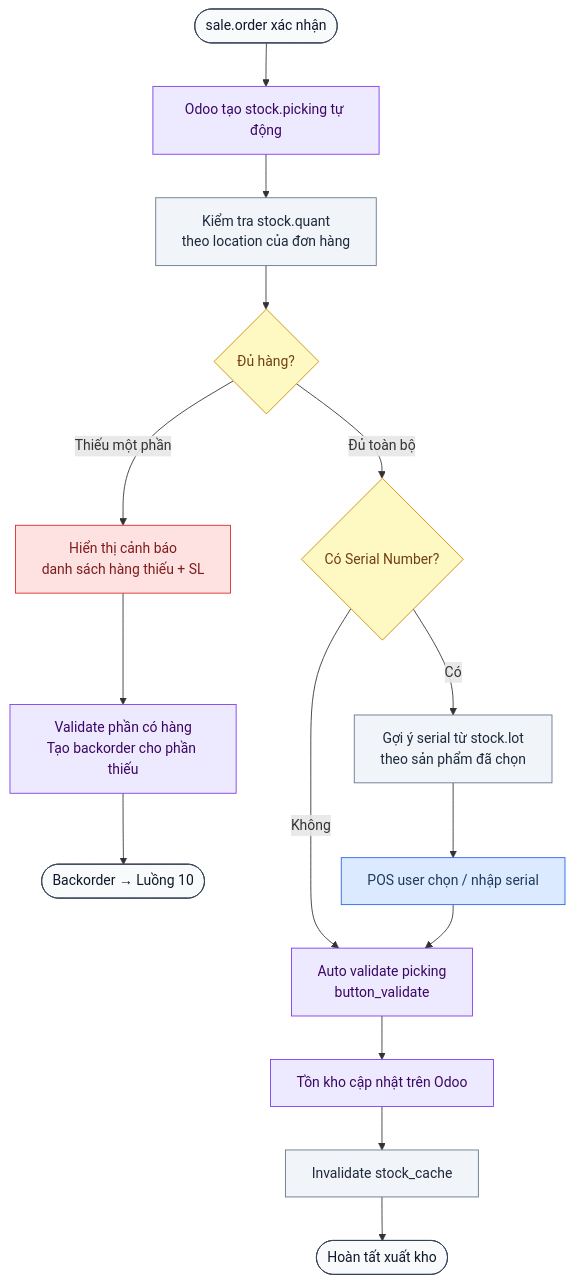
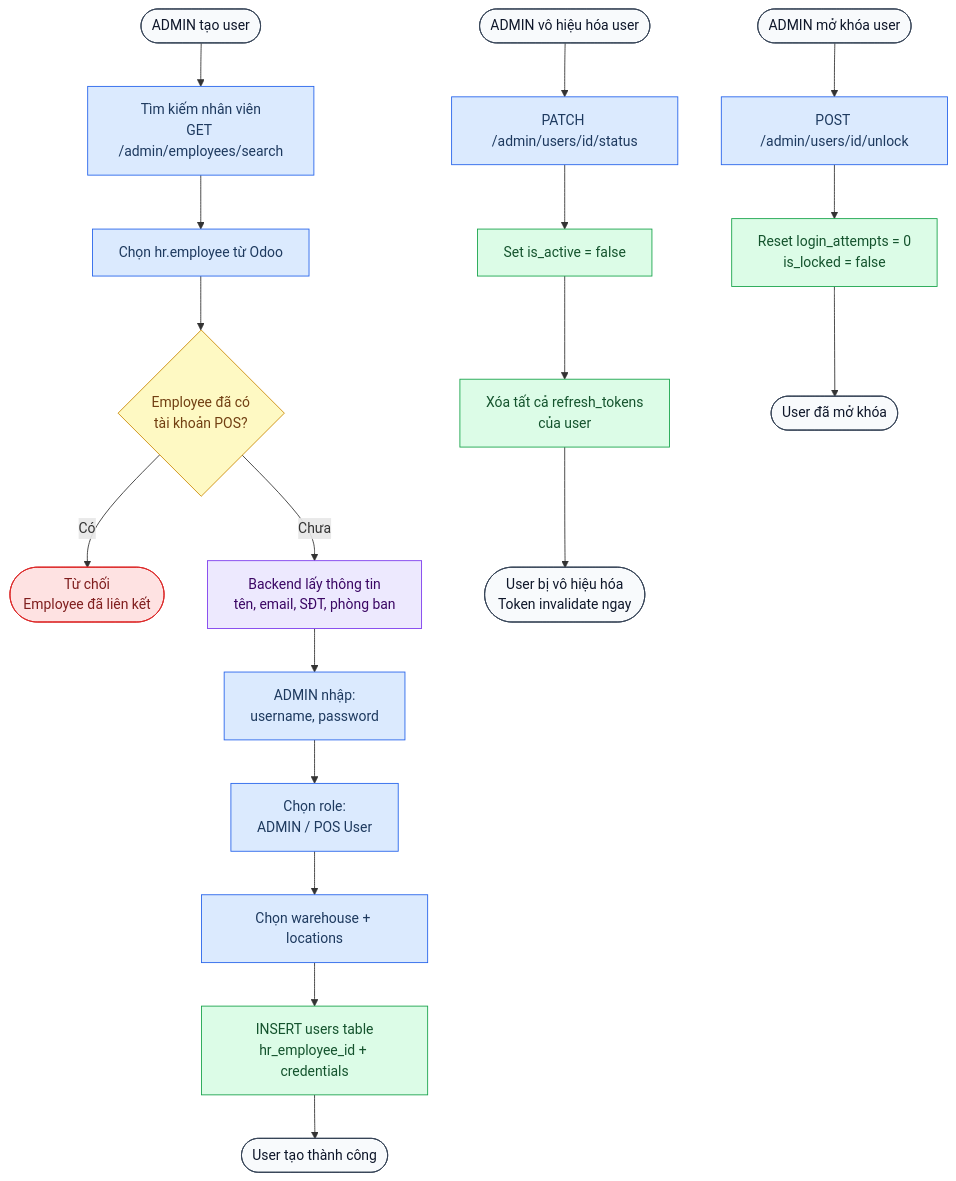
Before and after one commit to ngohuuduc/VJ_mobile_POS: diagram 11 of 12 in docs/process_flow.md, drawn with Mermaid. The commit also changed other lines of this file and 5 other files, not shown here.

````diff
--- a/docs/process_flow.md
+++ b/docs/process_flow.md
@@ -181,25 +433,30 @@
 ```mermaid
 flowchart TD
     classDef user fill:#DBEAFE,stroke:#2563EB,color:#1e3a5f
     classDef system fill:#F1F5F9,stroke:#64748B,color:#1e293b
     classDef odoo fill:#EDE9FE,stroke:#7C3AED,color:#3b0764
     classDef db fill:#DCFCE7,stroke:#16A34A,color:#14532d
     classDef decision fill:#FEF9C3,stroke:#CA8A04,color:#713f12
     classDef terminal fill:#F8FAFC,stroke:#334155,color:#0f172a
     classDef warning fill:#FEE2E2,stroke:#DC2626,color:#7f1d1d
 
-    A([sale.order xác nhận]):::terminal --> B[Odoo tạo stock.picking tự động]:::odoo
-    B --> C[Kiểm tra stock.quant\ntheo location của đơn hàng]:::system
-    C --> D{Đủ hàng?}:::decision
-    D -- Đủ toàn bộ --> E{Có Serial Number?}:::decision
-    D -- Thiếu một phần --> F[Hiển thị cảnh báo\ndanh sách hàng thiếu + SL]:::warning
-    F --> G[Validate phần có hàng\nTạo backorder cho phần thiếu]:::odoo
-    G --> H([Backorder → Luồng 10]):::terminal
-    E -- Không --> I[Auto validate picking\nbutton_validate]:::odoo
-    E -- Có --> J[Gợi ý serial từ stock.lot\ntheo sản phẩm đã chọn]:::system
-    J --> K[POS user chọn / nhập serial]:::user
-    K --> I
-    I --> L[Tồn kho cập nhật trên Odoo]:::odoo
-    L --> M[Invalidate stock_cache]:::system
-    M --> N([Hoàn tất xuất kho]):::terminal
+    A([ADMIN tạo user]):::terminal --> B[Tìm kiếm nhân viên\nGET /admin/employees/search]:::user
+    B --> C[Chọn hr.employee từ Odoo]:::user
+    C --> D{Employee đã có\ntài khoản POS?}:::decision
+    D -- Có --> E([Từ chối\nEmployee đã liên kết]):::warning
+    D -- Chưa --> F[Backend lấy thông tin\ntên, email, SĐT, phòng ban]:::odoo
+    F --> G[ADMIN nhập:\nusername, password]:::user
+    G --> H[Chọn role:\nADMIN / POS User]:::user
+    H --> I[Chọn warehouse + locations]:::user
+    I --> J[INSERT users table\nhr_employee_id + credentials]:::db
+    J --> K([User tạo thành công]):::terminal
+
+    L([ADMIN vô hiệu hóa user]):::terminal --> M[PATCH /admin/users/id/status]:::user
+    M --> N[Set is_active = false]:::db
+    N --> O[Xóa tất cả refresh_tokens\ncủa user]:::db
+    O --> P([User bị vô hiệu hóa\nToken invalidate ngay]):::terminal
+
+    Q([ADMIN mở khóa user]):::terminal --> R[POST /admin/users/id/unlock]:::user
+    R --> S[Reset login_attempts = 0\nis_locked = false]:::db
+    S --> T([User đã mở khóa]):::terminal
 ```
````
